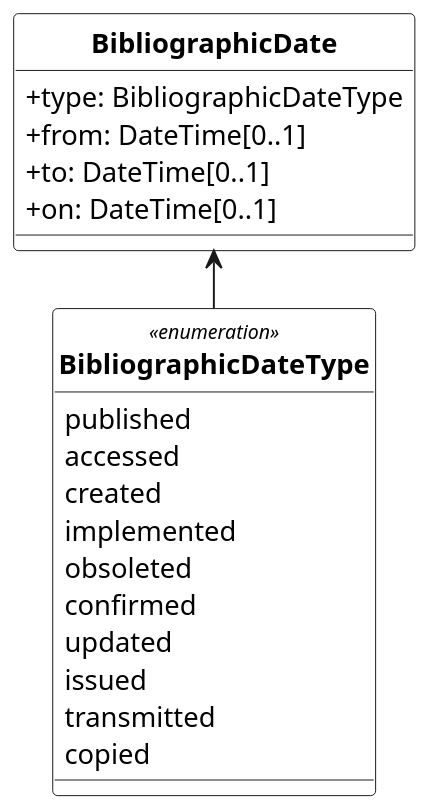
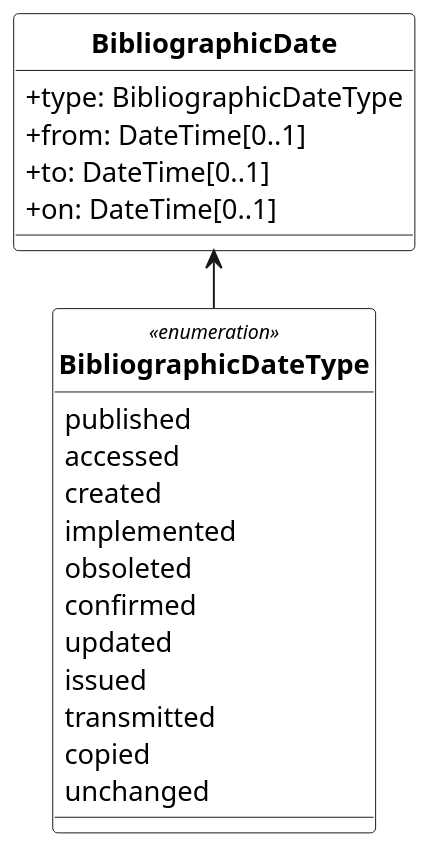
Before and after one commit to relaton/relaton-models: the diagram in models/RelBib_Date.wsd, drawn with PlantUML. The commit also changed 2 other files, not shown here.

Commit message:
Port StarUML elements into PlantUML code, fixes #12

```diff
--- a/models/RelBib_Date.wsd
+++ b/models/RelBib_Date.wsd
@@ -1,98 +1,99 @@
 @startuml RelBib_Date
 /'
 Diagram:        RelBib_Date
 DateCreate:     30/08/2018
 Description:    These bibliographic models are developed to consolidate and standardize the data models used for bibliographic and citation purposes.
                 These models are meant to be fully compatible with ISO 690 and ISO TC 46’s (and SC 4, SC 9) work on bibliography.
                 They are used extensively in the following projects as containers for bibliographic data management and for managing document metadata:
 
                 - ISO Standards
                 - CSD Standards
                 - Chinese Standards (GB and family)
                 - ISO bibliography gem
-                
+
                 Below are the UML diagrams.
                 The document models are expressed as UML and as RelaxNG Compact (RNC) grammars; see discussion under Grammars. This repository contains the RNC grammars for the base BibliographicItem model, Citation model and the Contributor model.
                 The document models are currently used by IsoDoc-based authoring tools for standards, which convert Asciidoctor source to XML representations of the document models, and validate the XML generated against the RNC schemas:
-                
+
                 - https://github.com/riboseinc/asciidoctor-iso
                 - https://github.com/riboseinc/asciidoctor-csd
                 - https://github.com/riboseinc/asciidoctor-gb
-                
+
                 They are also used by tools that render those XML representations of the document models, into HTML and Microsoft Word:
-                
+
                 - https://github.com/riboseinc/isodoc
                 - https://github.com/riboseinc/asciidoctor-csd (inheriting from isodoc)
                 - https://github.com/riboseinc/asciidoctor-gb (inheriting from isodoc)
 
 Hystory of changes:
 > DD/MM/YYYY
-    - 
-    - 
+    -
+    -
 '/
 
 '******* CONFIGURATION ************************************************
 top to bottom direction
 skinparam classAttributeIconSize 0
 skinparam Dpi 150
 skinparam Monochrome true
 skinparam LineType ortho
 skinparam nodesep 30
 skinparam ranksep 30
 hide circle
 /' skinparam CircledCharacterRadius 0 '/
 /' skinparam CircledCharacterFontSize 0 '/
 skinparam Default {
 TextAlignment center
 FontName Helvetica
 }
 skinparam Class {
 AttributeIconSize 0
 BackgroundColor White
 FontStyle bold
 StereotypeFontSize 10
 }
 skinparam Rectangle {
 BackgroundColor White
 FontStyle bold
 FontSize 11
 StereotypeFontSize 10
 }
 skinparam Object {
 BackgroundColor White
 FontStyle bold
 FontSize 11
 StereotypeFontSize 10
 }
 skinparam Entity {
 StereotypeFontSize 10
 }
 
 '******* CLASS DEFINITION *********************************************
 class BibliographicDate {
     +type: BibliographicDateType
     +from: DateTime[0..1]
     +to: DateTime[0..1]
     +on: DateTime[0..1]
 }
 
 enum BibliographicDateType <<enumeration>>{
     published
     accessed
     created
     implemented
     obsoleted
     confirmed
     updated
     issued
     transmitted
     copied
+    unchanged
 }
 
 '******* NOTES ********************************************************
 
 
 '******* CLASS RELATIONS **********************************************
 BibliographicDate <-- BibliographicDateType
 
 @enduml
```
